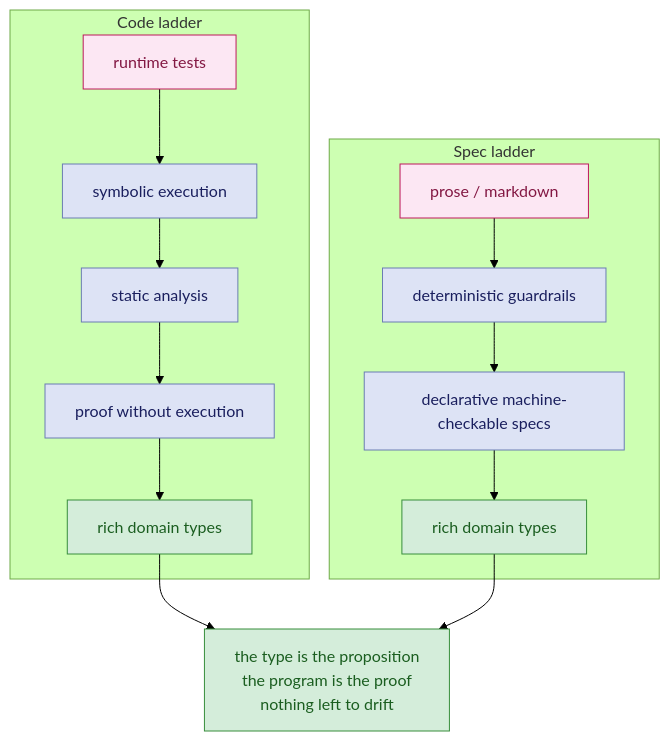
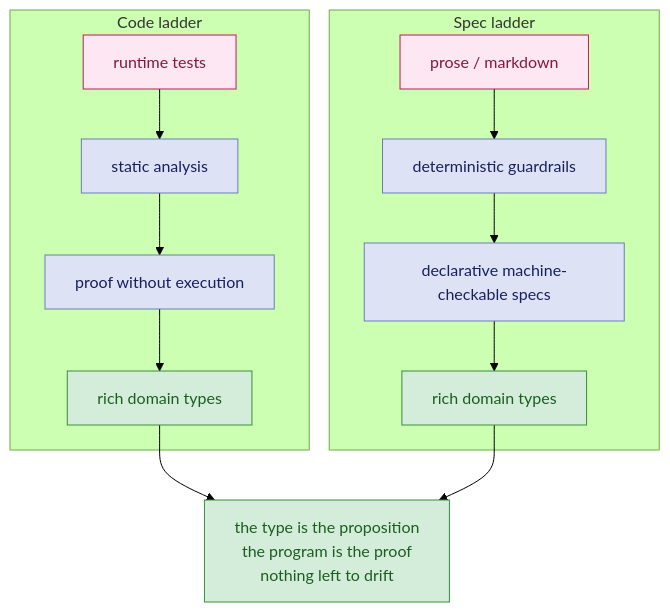
One commit to asengupta/avishek.net changed the first of 2 diagrams in _posts/2026-08-24-rigour-by-design.md. Above: the diagram before and after it, drawn with Mermaid (forest theme). The commit also changed other lines of this file, not shown here.

````diff
--- a/_posts/2026-08-24-rigour-by-design.md
+++ b/_posts/2026-08-24-rigour-by-design.md
@@ -236,22 +256,21 @@
 ```mermaid
 flowchart TD
     subgraph CODE[Code ladder]
-        R1[runtime tests] --> R2[symbolic execution]
-        R2 --> R3[static analysis]
-        R3 --> R4[proof without execution]
-        R4 --> TOP1[rich domain types]
+        R1[runtime tests] --> R2[static analysis]
+        R2 --> R3[proof without execution]
+        R3 --> TOP1[rich domain types]
     end
     subgraph SPEC[Spec ladder]
         S1[prose / markdown] --> S2[deterministic guardrails]
         S2 --> S3[declarative machine-checkable specs]
         S3 --> TOP2[rich domain types]
     end
     TOP1 --> CONV[the type is the proposition\nthe program is the proof\nnothing left to drift]
     TOP2 --> CONV
 
     classDef default fill:#dde3f5,stroke:#6b7db3,color:#1a1f5e
     classDef bad fill:#fce7f3,stroke:#be185d,color:#831843
     classDef good fill:#d4edda,stroke:#388e3c,color:#1b5e20
     class R1,S1 bad
     class TOP1,TOP2,CONV good
 ```
````
